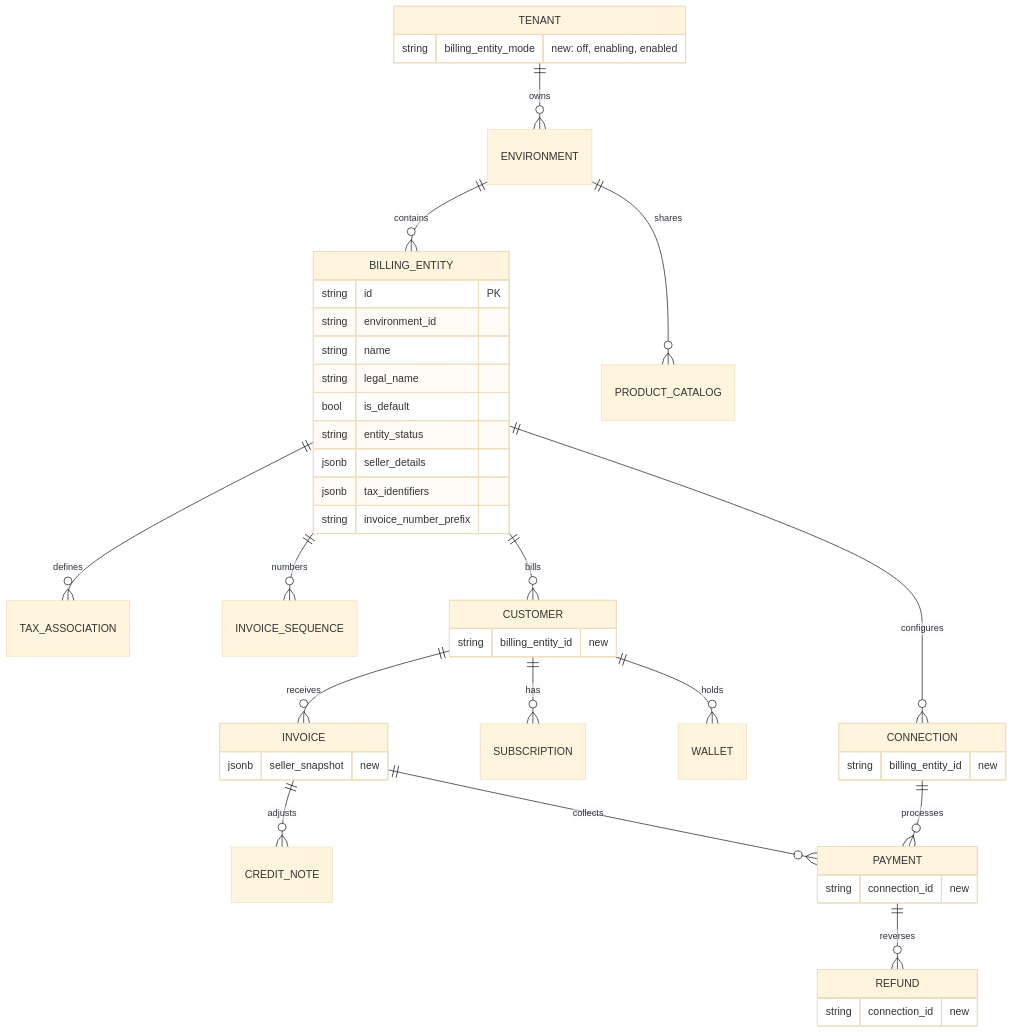
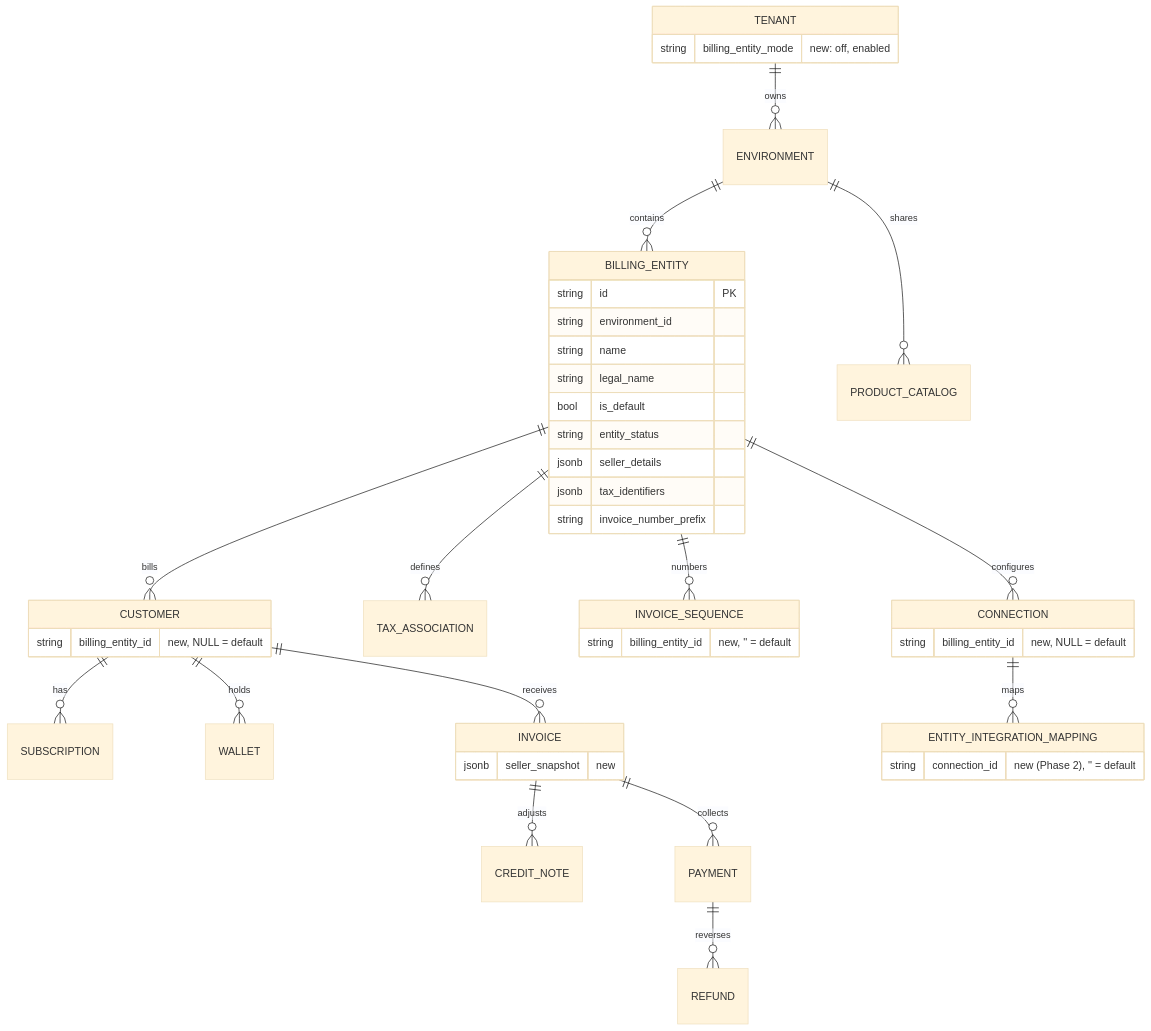
One commit to flexprice/flexprice changed the fourth of 6 diagrams in docs/design/2026-10-21-multi-entity-billing-erd.md. Above: the diagram before and after it, drawn with Mermaid (base theme). The commit also changed other lines of this file, not shown here.

First line of the commit message:
docs(billing-entities): apply review decisions

````diff
--- a/docs/design/2026-10-21-multi-entity-billing-erd.md
+++ b/docs/design/2026-10-21-multi-entity-billing-erd.md
@@ -186,47 +193,47 @@
 ```mermaid
 erDiagram
   TENANT ||--o{ ENVIRONMENT : owns
   ENVIRONMENT ||--o{ BILLING_ENTITY : contains
   ENVIRONMENT ||--o{ PRODUCT_CATALOG : shares
   BILLING_ENTITY ||--o{ CONNECTION : configures
   BILLING_ENTITY ||--o{ TAX_ASSOCIATION : defines
   BILLING_ENTITY ||--o{ INVOICE_SEQUENCE : numbers
   BILLING_ENTITY ||--o{ CUSTOMER : bills
   CUSTOMER ||--o{ SUBSCRIPTION : has
   CUSTOMER ||--o{ WALLET : holds
   CUSTOMER ||--o{ INVOICE : receives
   INVOICE ||--o{ CREDIT_NOTE : adjusts
   INVOICE ||--o{ PAYMENT : collects
-  CONNECTION ||--o{ PAYMENT : processes
   PAYMENT ||--o{ REFUND : reverses
+  CONNECTION ||--o{ ENTITY_INTEGRATION_MAPPING : maps
 
   TENANT {
-    string billing_entity_mode "new: off, enabling, enabled"
+    string billing_entity_mode "new: off, enabled"
   }
   BILLING_ENTITY {
     string id PK
     string environment_id
     string name
     string legal_name
     bool is_default
     string entity_status
     jsonb seller_details
     jsonb tax_identifiers
     string invoice_number_prefix
   }
   CUSTOMER {
-    string billing_entity_id "new"
+    string billing_entity_id "new, NULL = default"
   }
   CONNECTION {
-    string billing_entity_id "new"
+    string billing_entity_id "new, NULL = default"
   }
   INVOICE {
     jsonb seller_snapshot "new"
   }
-  PAYMENT {
-    string connection_id "new"
+  INVOICE_SEQUENCE {
+    string billing_entity_id "new, '' = default"
   }
-  REFUND {
-    string connection_id "new"
+  ENTITY_INTEGRATION_MAPPING {
+    string connection_id "new (Phase 2), '' = default"
   }
 ```
````
